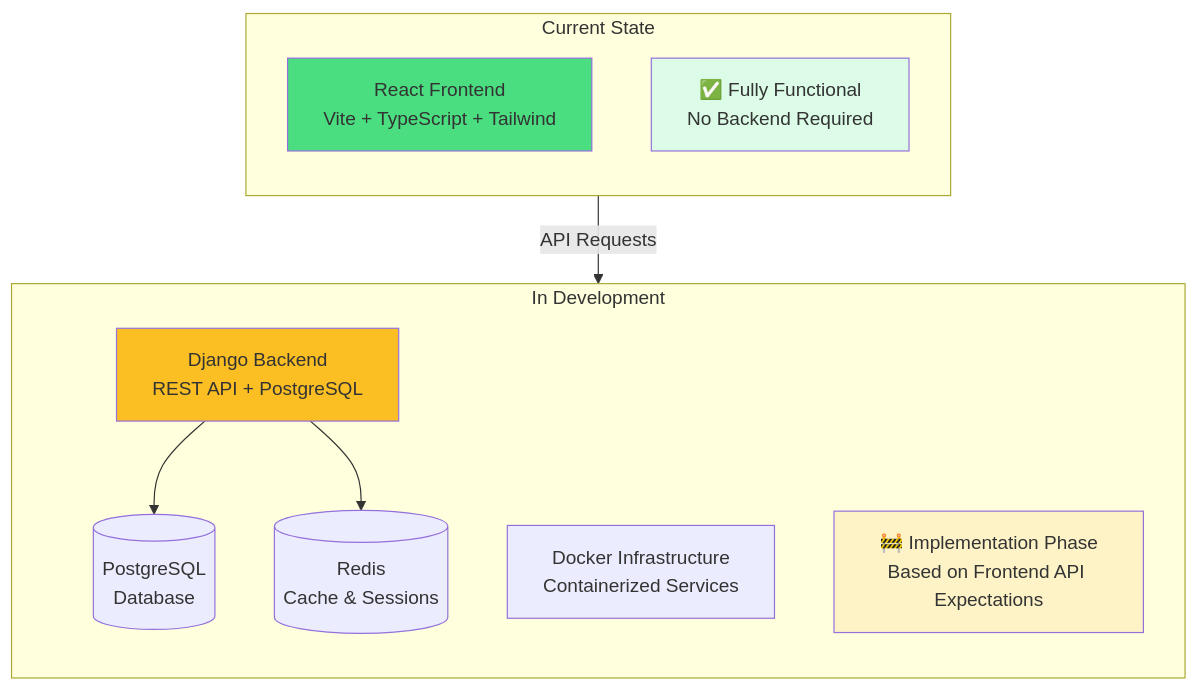
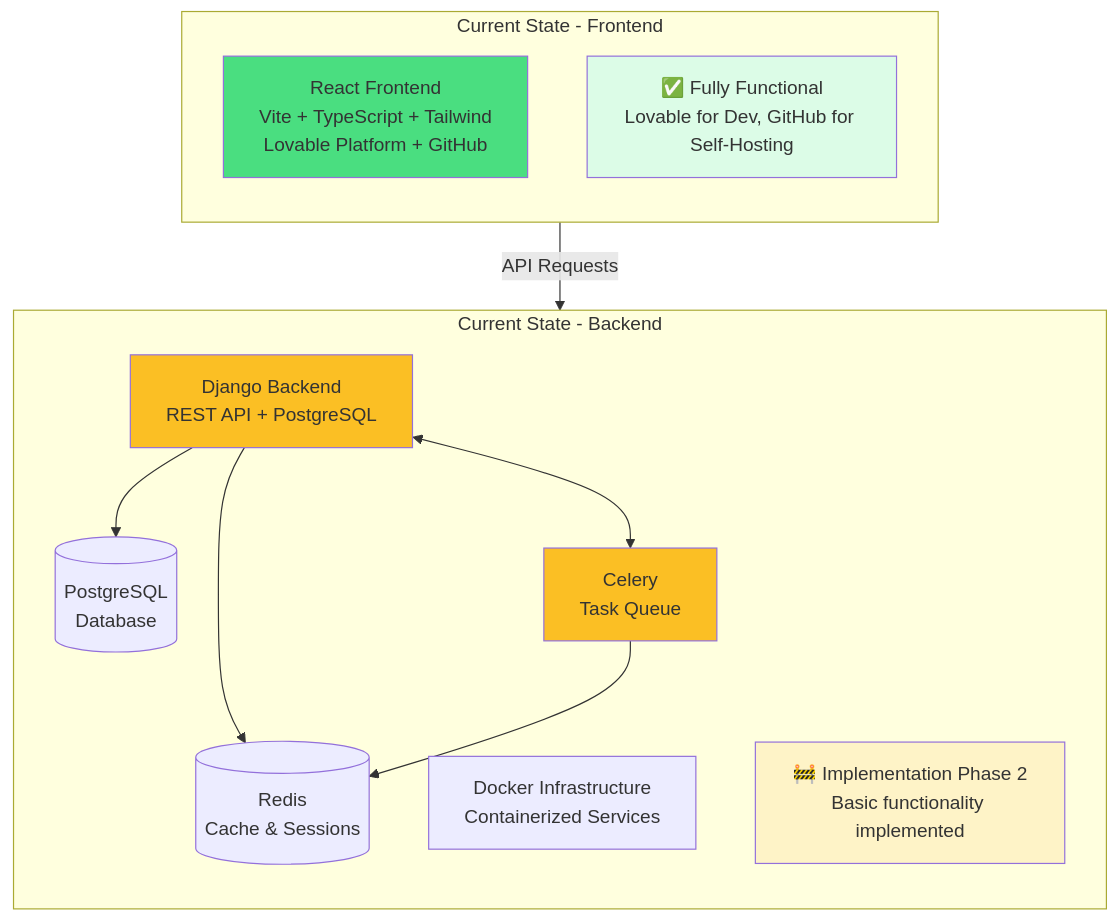
The diagram in docs/index.md (Capp3/broadcast-flow-control-system), drawn with Mermaid before and after one commit. The commit also changed other lines of this file and 7 other files, not shown here.

````diff
--- a/docs/index.md
+++ b/docs/index.md
@@ -43,32 +44,37 @@
 ```mermaid
 graph TD
-    FE[React Frontend<br/>Vite + TypeScript + Tailwind]
+    FE[React Frontend<br/>Vite + TypeScript + Tailwind<br/>Lovable Platform + GitHub]
     BE[Django Backend<br/>REST API + PostgreSQL]
     DB[(PostgreSQL<br/>Database)]
     REDIS[(Redis<br/>Cache & Sessions)]
+    CELERY[Celery<br/>Task Queue]
     DOCKER[Docker Infrastructure<br/>Containerized Services]
-    
+
     FE -->|API Requests| BE
     BE --> DB
     BE --> REDIS
-    
-    subgraph "Current State"
+    BE <--> CELERY
+    CELERY --> REDIS
+
+    subgraph "Current State - Frontend"
         FE
         direction TB
-        FE_NOTE[✅ Fully Functional<br/>No Backend Required]
+        FE_NOTE[✅ Fully Functional<br/>Lovable for Dev, GitHub for Self-Hosting]
     end
-    
-    subgraph "In Development"
+
+    subgraph "Current State - Backend"
         BE
         DB
         REDIS
+        CELERY
         DOCKER
         direction TB
-        BE_NOTE[🚧 Implementation Phase<br/>Based on Frontend API Expectations]
+        BE_NOTE[🚧 Implementation Phase 2<br/>Basic functionality implemented]
     end
-    
+
     style FE fill:#4ade80
     style FE_NOTE fill:#dcfce7
     style BE fill:#fbbf24
     style BE_NOTE fill:#fef3c7
+    style CELERY fill:#fbbf24
 ```
````
